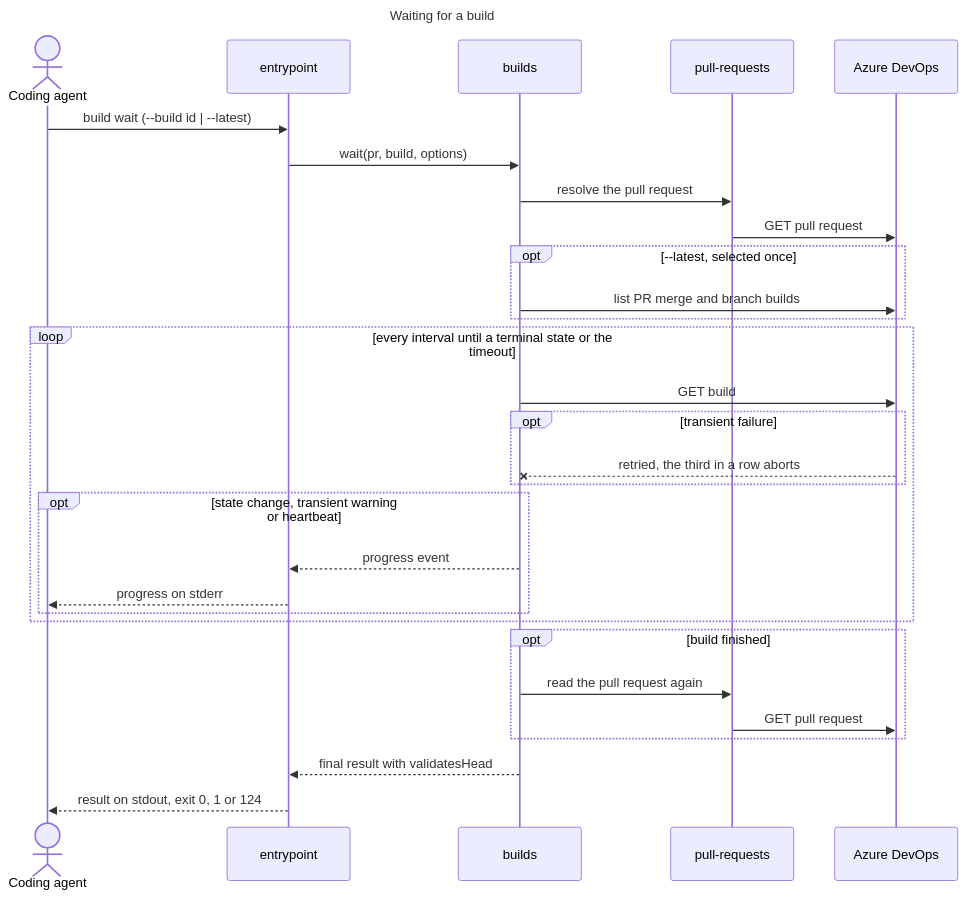
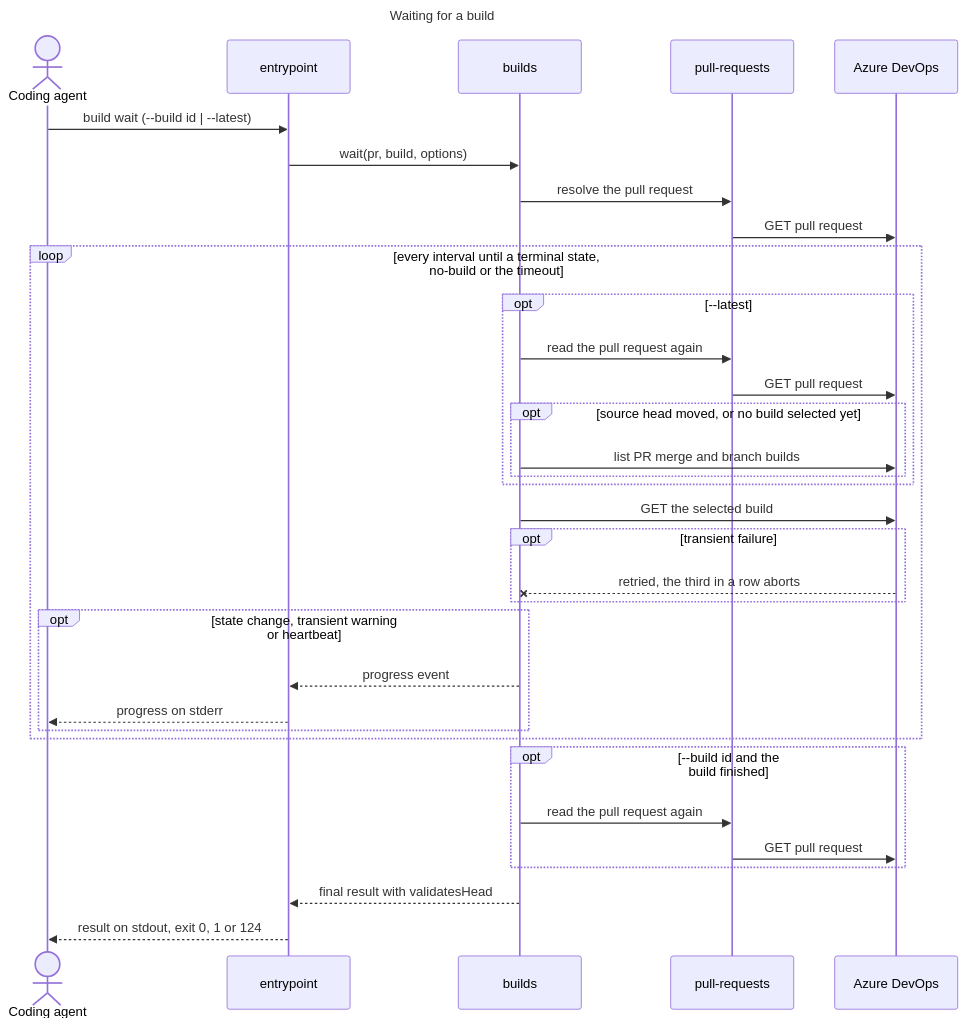
One commit to remshams/ado-pr changed the fifth of 5 diagrams in docs/architecture/architecture.md. Above: the diagram before and after it, drawn with Mermaid. The commit also changed other lines of this file and 1 other file, not shown here.

Commit message:
docs(Architecture): show build wait following the PR head

````diff
--- a/docs/architecture/architecture.md
+++ b/docs/architecture/architecture.md
@@ -196,34 +196,38 @@
 ```mermaid
 ---
 title: Waiting for a build
 ---
 sequenceDiagram
     actor Agent as Coding agent
     participant Entry as entrypoint
     participant Builds as builds
     participant Prs as pull-requests
     participant Azure as Azure DevOps
     Agent->>Entry: build wait (--build id | --latest)
     Entry->>Builds: wait(pr, build, options)
     Builds->>Prs: resolve the pull request
     Prs->>Azure: GET pull request
-    opt --latest, selected once
-        Builds->>Azure: list PR merge and branch builds
-    end
-    loop every interval until a terminal state or the timeout
-        Builds->>Azure: GET build
+    loop every interval until a terminal state, no-build or the timeout
+        opt --latest
+            Builds->>Prs: read the pull request again
+            Prs->>Azure: GET pull request
+            opt source head moved, or no build selected yet
+                Builds->>Azure: list PR merge and branch builds
+            end
+        end
+        Builds->>Azure: GET the selected build
         opt transient failure
             Azure--xBuilds: retried, the third in a row aborts
         end
         opt state change, transient warning or heartbeat
             Builds-->>Entry: progress event
             Entry-->>Agent: progress on stderr
         end
     end
-    opt build finished
+    opt --build id and the build finished
         Builds->>Prs: read the pull request again
         Prs->>Azure: GET pull request
     end
     Builds-->>Entry: final result with validatesHead
     Entry-->>Agent: result on stdout, exit 0, 1 or 124
 ```
````
